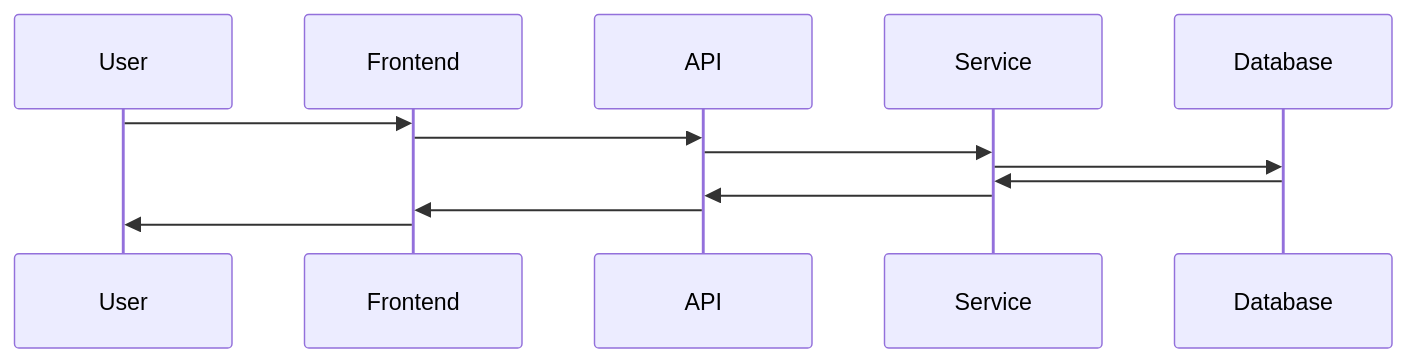
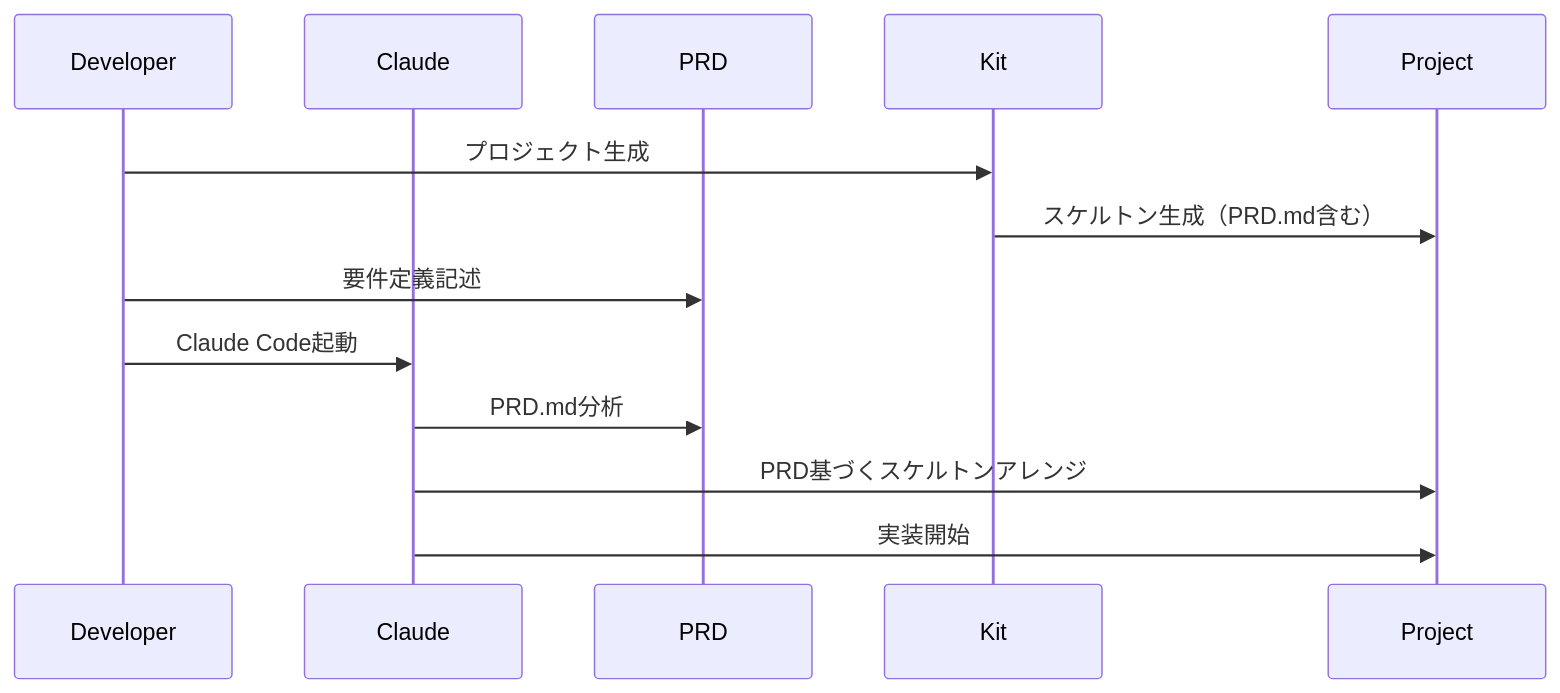
Before and after one commit to daktu32/ai-driven-dev-starter-kit: the fourth of 5 diagrams in docs/architecture/ARCHITECTURE.md, drawn with Mermaid. The commit also changed other lines of this file and 25 other files, not shown here.

````diff
--- a/docs/architecture/ARCHITECTURE.md
+++ b/docs/architecture/ARCHITECTURE.md
@@ -101,17 +191,16 @@
 ```mermaid
 sequenceDiagram
-    participant User
-    participant Frontend
-    participant API
-    participant Service
-    participant Database
+    participant Developer
+    participant Claude
+    participant PRD
+    participant Kit
+    participant Project
     
-    User->>Frontend: 
-    Frontend->>API: 
-    API->>Service: 
-    Service->>Database: 
-    Database->>Service: 
-    Service->>API: 
-    API->>Frontend: 
-    Frontend->>User: 
+    Developer->>Kit: プロジェクト生成
+    Kit->>Project: スケルトン生成（PRD.md含む）
+    Developer->>PRD: 要件定義記述
+    Developer->>Claude: Claude Code起動
+    Claude->>PRD: PRD.md分析
+    Claude->>Project: PRD基づくスケルトンアレンジ
+    Claude->>Project: 実装開始
 ```
````
